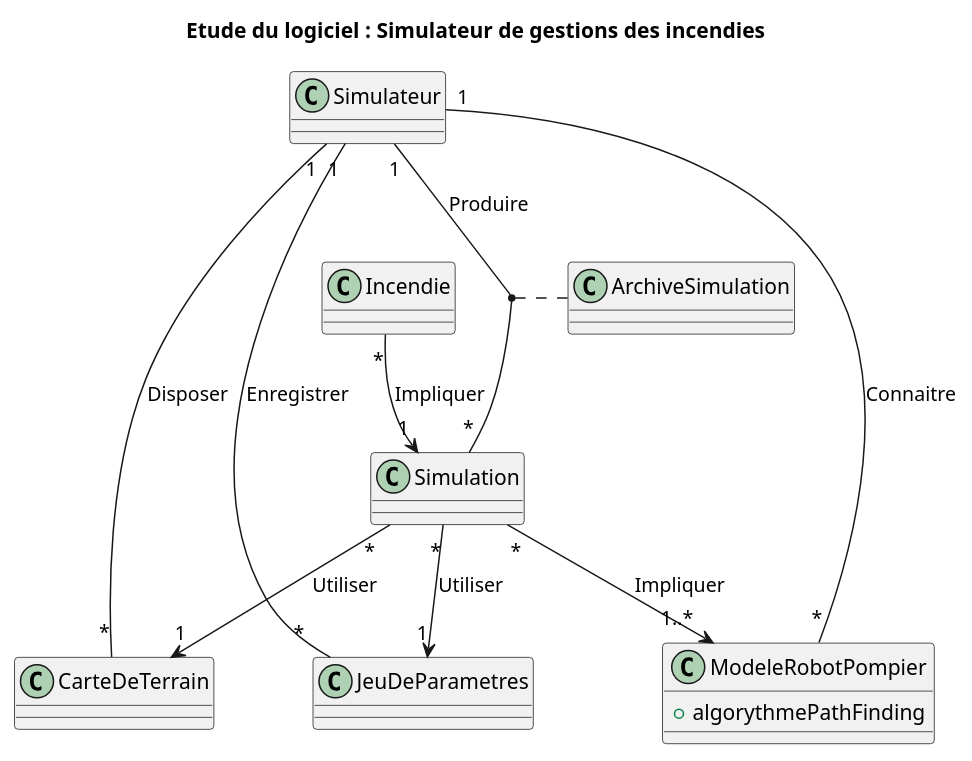
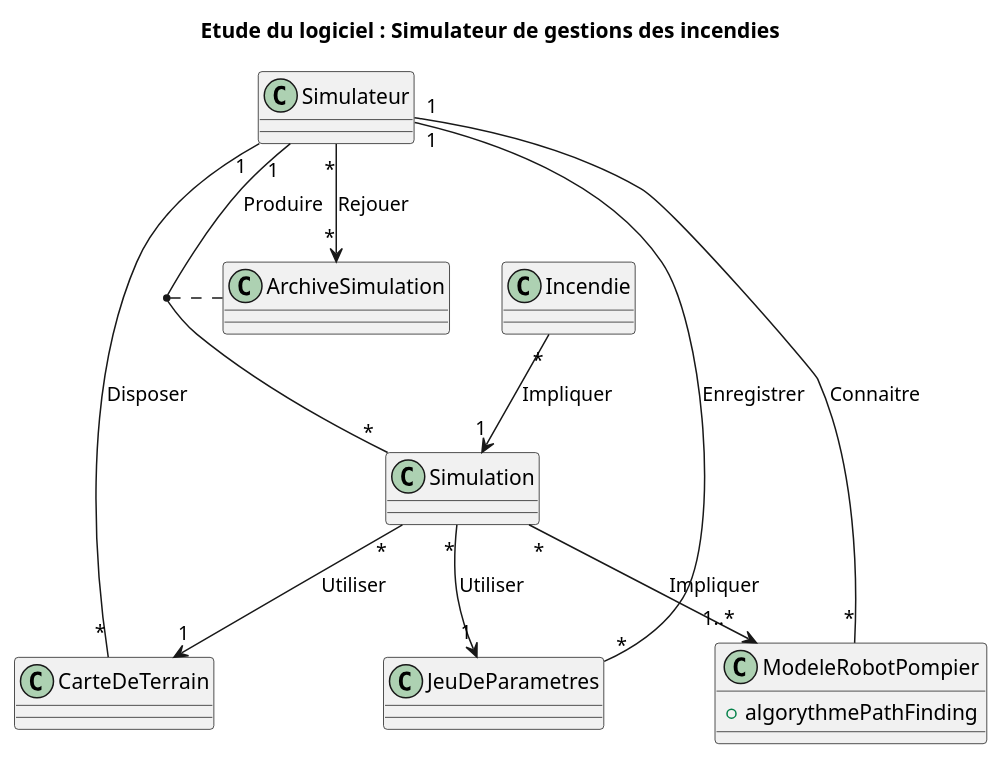
Before and after one commit to arthurgorjux/fire-in-the-ole-doc: the diagram in diagrammeLogiciel.plantuml, drawn with PlantUML.

Commit message:
ajout rejouer simulation

```diff
--- a/diagrammeLogiciel.plantuml
+++ b/diagrammeLogiciel.plantuml
@@ -1,25 +1,26 @@
 @startuml
 title Etude du logiciel : Simulateur de gestions des incendies
 
 class Simulateur
 class Simulation
 class ArchiveSimulation
 class CarteDeTerrain
 class ModeleRobotPompier {
   +algorythmePathFinding
 }
 class JeuDeParametres
 class Incendie
 
 Simulateur "1"--"*" Simulation : Produire
 Simulateur "1"--"*" ModeleRobotPompier : Connaitre
 Simulateur "1"--"*" CarteDeTerrain : Disposer
 (Simulateur, Simulation) .. ArchiveSimulation
 Simulation "*"-->"1..*" ModeleRobotPompier : Impliquer
 Simulation "*"-->"1" CarteDeTerrain : Utiliser
 Simulateur "1"--"*" JeuDeParametres : Enregistrer
 Simulation "*"-->"1" JeuDeParametres : Utiliser
+Simulateur "*"-->"*" ArchiveSimulation : Rejouer
 
 Incendie "*"-->"1" Simulation : Impliquer
 
 @enduml
```
